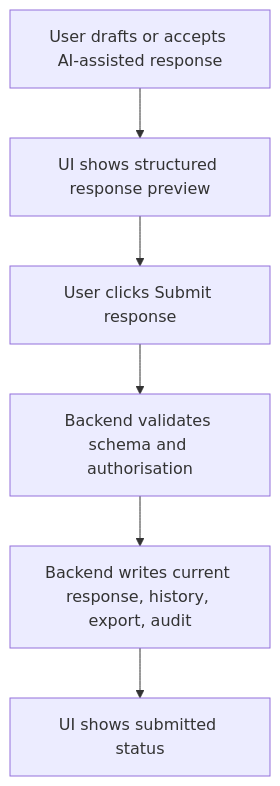
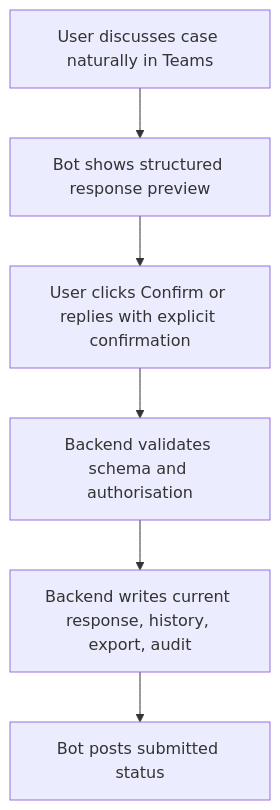
The second of 6 diagrams in mvp.md (pickeringtech/finops-ai-report-response-portal-whitepaper), drawn with Mermaid before and after one commit. The commit also changed other lines of this file and 3 other files, not shown here.

Commit message:
Make Teams bot the MVP interface

````diff
--- a/mvp.md
+++ b/mvp.md
@@ -114,11 +114,11 @@
 ```mermaid
 flowchart TD
-    draft["User drafts or accepts AI-assisted response"]
-    preview["UI shows structured response preview"]
-    confirm["User clicks Submit response"]
+    draft["User discusses case naturally in Teams"]
+    preview["Bot shows structured response preview"]
+    confirm["User clicks Confirm or replies with explicit confirmation"]
     validate["Backend validates schema and authorisation"]
     write["Backend writes current response, history, export, audit"]
-    done["UI shows submitted status"]
+    done["Bot posts submitted status"]
 
     draft --> preview --> confirm --> validate --> write --> done
 ```
````
